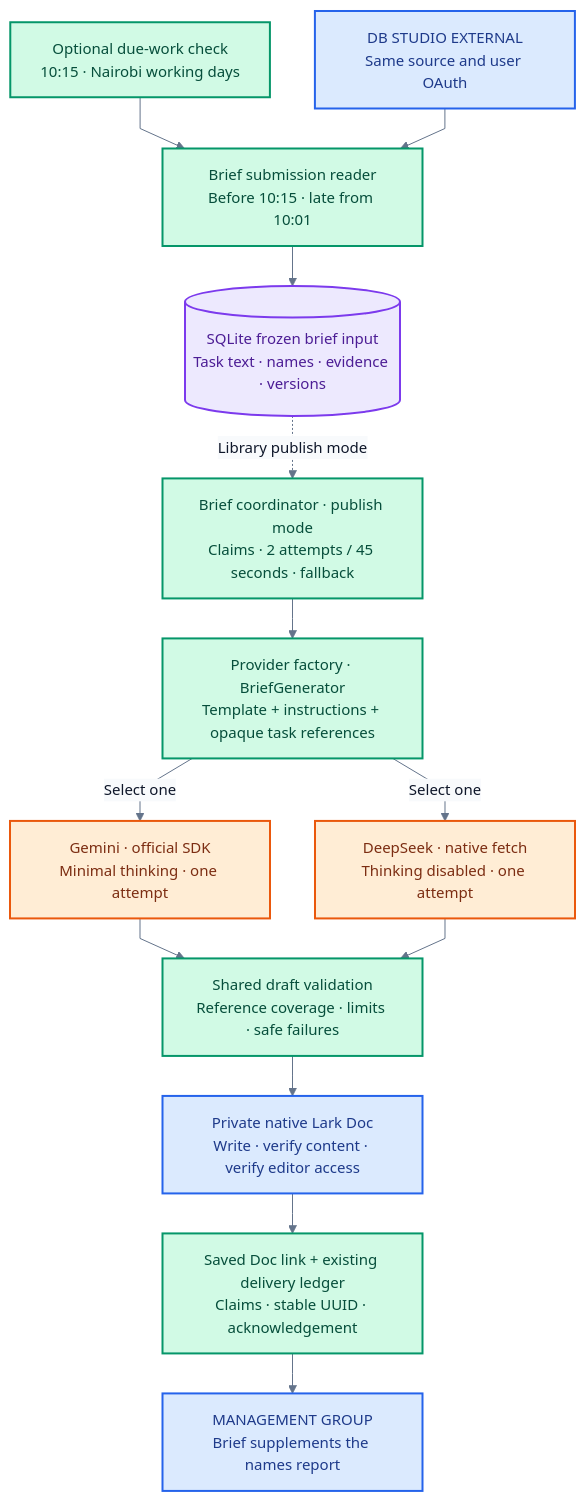
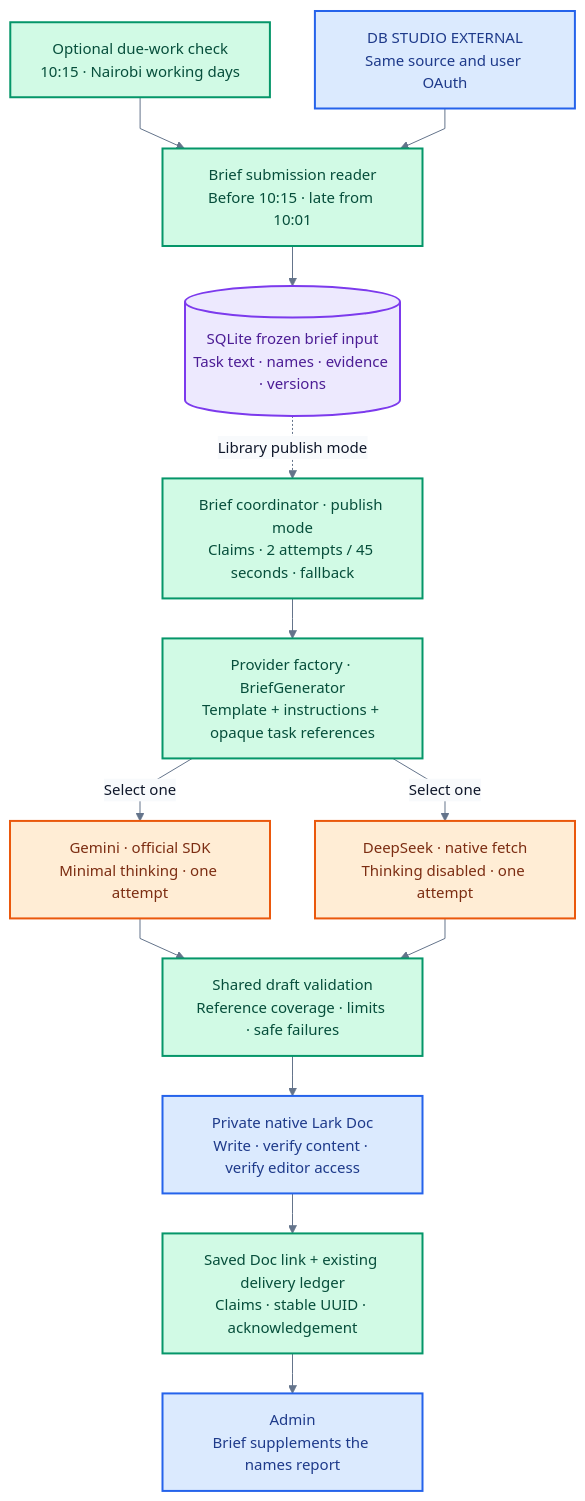
Before and after one commit to mbeka02/task-list-submission-automation: the second of 5 diagrams in README.md, drawn with Mermaid. The commit also changed other lines of this file and 5 other files, not shown here.

````diff
--- a/README.md
+++ b/README.md
@@ -87,35 +88,35 @@
 ```mermaid
 %%{init: {"theme":"base","themeVariables":{"fontFamily":"sans-serif","fontSize":"15px","lineColor":"#64748b","primaryTextColor":"#0f172a","edgeLabelBackground":"#f8fafc"},"flowchart":{"curve":"linear","nodeSpacing":45,"rankSpacing":40}}}%%
 flowchart TB
     SCHEDULE_AI["Optional due-work check<br/>10:15 · Nairobi working days"]:::worker
     SOURCE_AI["DB STUDIO EXTERNAL<br/>Same source and user OAuth"]:::lark
     CAPTURE["Brief submission reader<br/>Before 10:15 · late from 10:01"]:::worker
     INPUT[("SQLite frozen brief input<br/>Task text · names · evidence · versions")]:::storage
     COORD["Brief coordinator · publish mode<br/>Claims · 2 attempts / 45 seconds · fallback"]:::worker
     SELECT["Provider factory · BriefGenerator<br/>Template + instructions + opaque task references"]:::worker
     GEMINI["Gemini · official SDK<br/>Minimal thinking · one attempt"]:::provider
     DEEPSEEK["DeepSeek · native fetch<br/>Thinking disabled · one attempt"]:::provider
     VALIDATE["Shared draft validation<br/>Reference coverage · limits · safe failures"]:::worker
     DOC["Private native Lark Doc<br/>Write · verify content · verify editor access"]:::lark
     LINK["Saved Doc link + existing delivery ledger<br/>Claims · stable UUID · acknowledgement"]:::worker
-    MANAGEMENT["MANAGEMENT GROUP<br/>Brief supplements the names report"]:::lark
+    ADMIN["Admin<br/>Brief supplements the names report"]:::lark
 
     SCHEDULE_AI --> CAPTURE
     SOURCE_AI --> CAPTURE
     CAPTURE --> INPUT
     INPUT -.->|Library publish mode| COORD
     COORD --> SELECT
     SELECT -->|Select one| GEMINI
     SELECT -->|Select one| DEEPSEEK
     GEMINI --> VALIDATE
     DEEPSEEK --> VALIDATE
     VALIDATE --> DOC
     DOC --> LINK
-    LINK --> MANAGEMENT
+    LINK --> ADMIN
 
     classDef lark fill:#dbeafe,stroke:#2563eb,color:#1e3a8a,stroke-width:2px;
     classDef worker fill:#d1fae5,stroke:#059669,color:#064e3b,stroke-width:2px;
     classDef storage fill:#ede9fe,stroke:#7c3aed,color:#4c1d95,stroke-width:2px;
     classDef provider fill:#ffedd5,stroke:#ea580c,color:#7c2d12,stroke-width:2px;
     classDef planned fill:#f1f5f9,stroke:#64748b,color:#334155,stroke-width:2px,stroke-dasharray:5 4;
 ```
````
